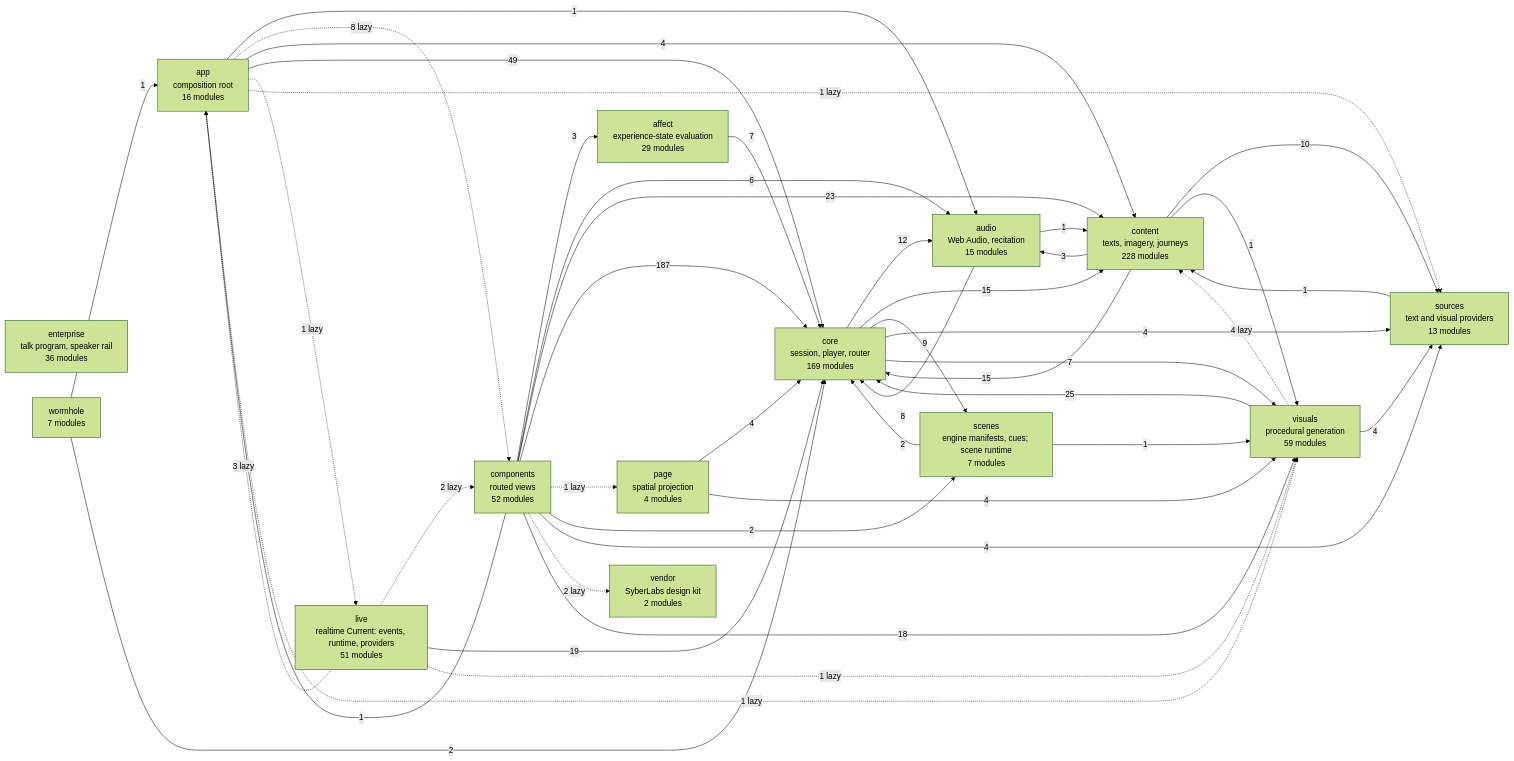
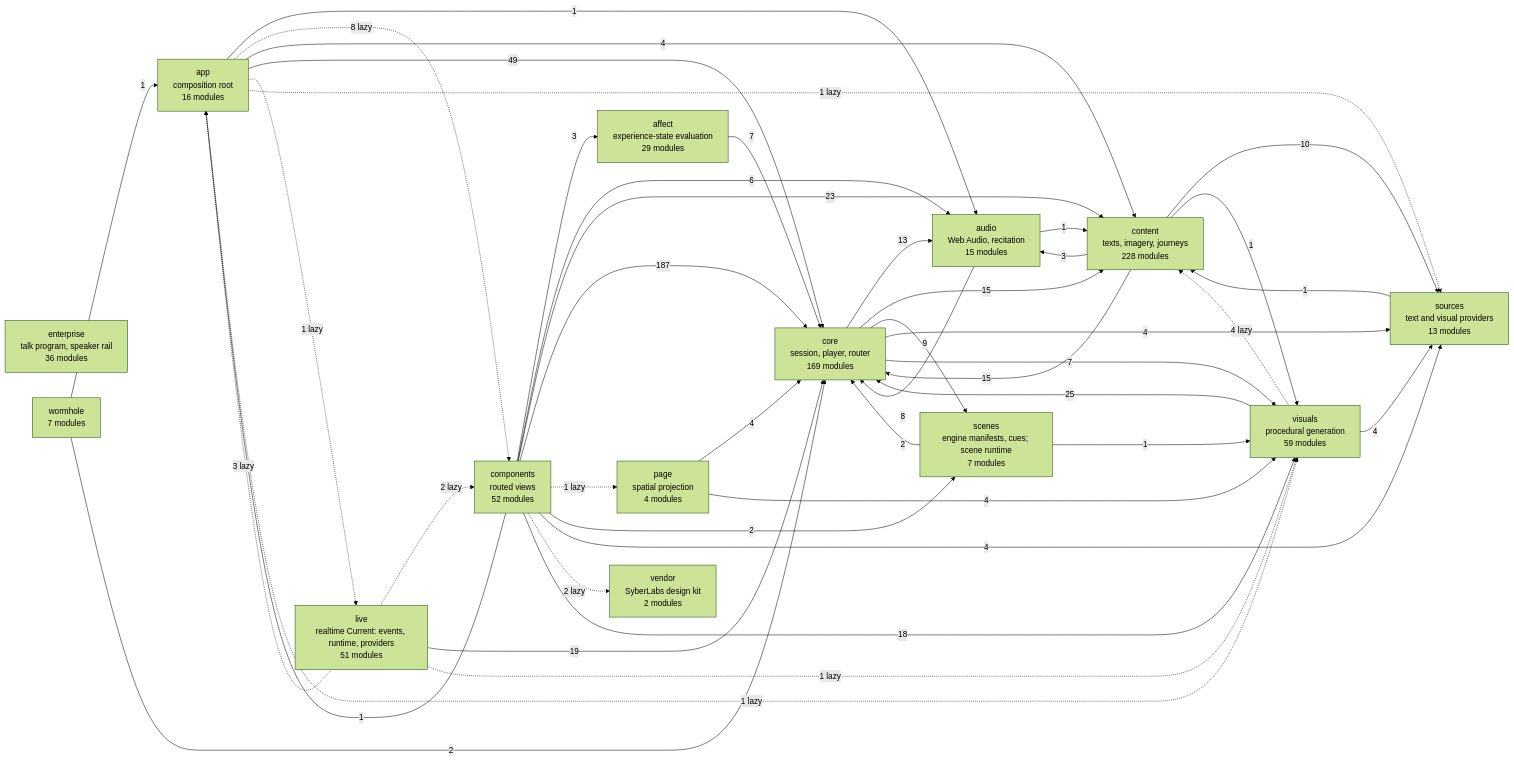
The diagram in docs/specs/ARCHITECTURE.md (SyberLabs/RISE), drawn with Mermaid (forest theme) before and after one commit. The commit also changed 7 other files, not shown here.

````diff
--- a/docs/specs/ARCHITECTURE.md
+++ b/docs/specs/ARCHITECTURE.md
@@ -161,61 +161,61 @@
 ```mermaid
 flowchart LR
     affect["affect<br/>experience-state evaluation<br/>29 modules"]
     app["app<br/>composition root<br/>16 modules"]
     audio["audio<br/>Web Audio, recitation<br/>15 modules"]
     components["components<br/>routed views<br/>52 modules"]
     content["content<br/>texts, imagery, journeys<br/>228 modules"]
     core["core<br/>session, player, router<br/>169 modules"]
     enterprise["enterprise<br/>talk program, speaker rail<br/>36 modules"]
     live["live<br/>realtime Current: events, runtime, providers<br/>51 modules"]
     page["page<br/>spatial projection<br/>4 modules"]
     scenes["scenes<br/>engine manifests, cues; scene runtime<br/>7 modules"]
     sources["sources<br/>text and visual providers<br/>13 modules"]
     vendor["vendor<br/>SyberLabs design kit<br/>2 modules"]
     visuals["visuals<br/>procedural generation<br/>59 modules"]
     wormhole["wormhole<br/>7 modules"]
 
     affect --> |7| core
     app --> |1| audio
     app -.-> |8 lazy| components
     app --> |4| content
     app --> |49| core
     app -.-> |1 lazy| live
     app -.-> |1 lazy| sources
     app -.-> |1 lazy| visuals
     audio --> |1| content
     audio --> |8| core
     components --> |3| affect
     components --> |1| app
     components --> |6| audio
     components --> |23| content
     components --> |187| core
     components -.-> |1 lazy| page
     components --> |2| scenes
     components --> |4| sources
     components -.-> |2 lazy| vendor
     components --> |18| visuals
     content --> |3| audio
     content --> |15| core
     content --> |10| sources
     content --> |1| visuals
-    core --> |12| audio
+    core --> |13| audio
     core --> |15| content
     core --> |9| scenes
     core --> |4| sources
     core --> |7| visuals
     live -.-> |3 lazy| app
     live -.-> |2 lazy| components
     live --> |19| core
     live -.-> |1 lazy| visuals
     page --> |4| core
     page --> |4| visuals
     scenes --> |2| core
     scenes --> |1| visuals
     sources --> |1| content
     visuals -.-> |4 lazy| content
     visuals --> |25| core
     visuals --> |4| sources
     wormhole --> |1| app
     wormhole --> |2| core
 ```
````
